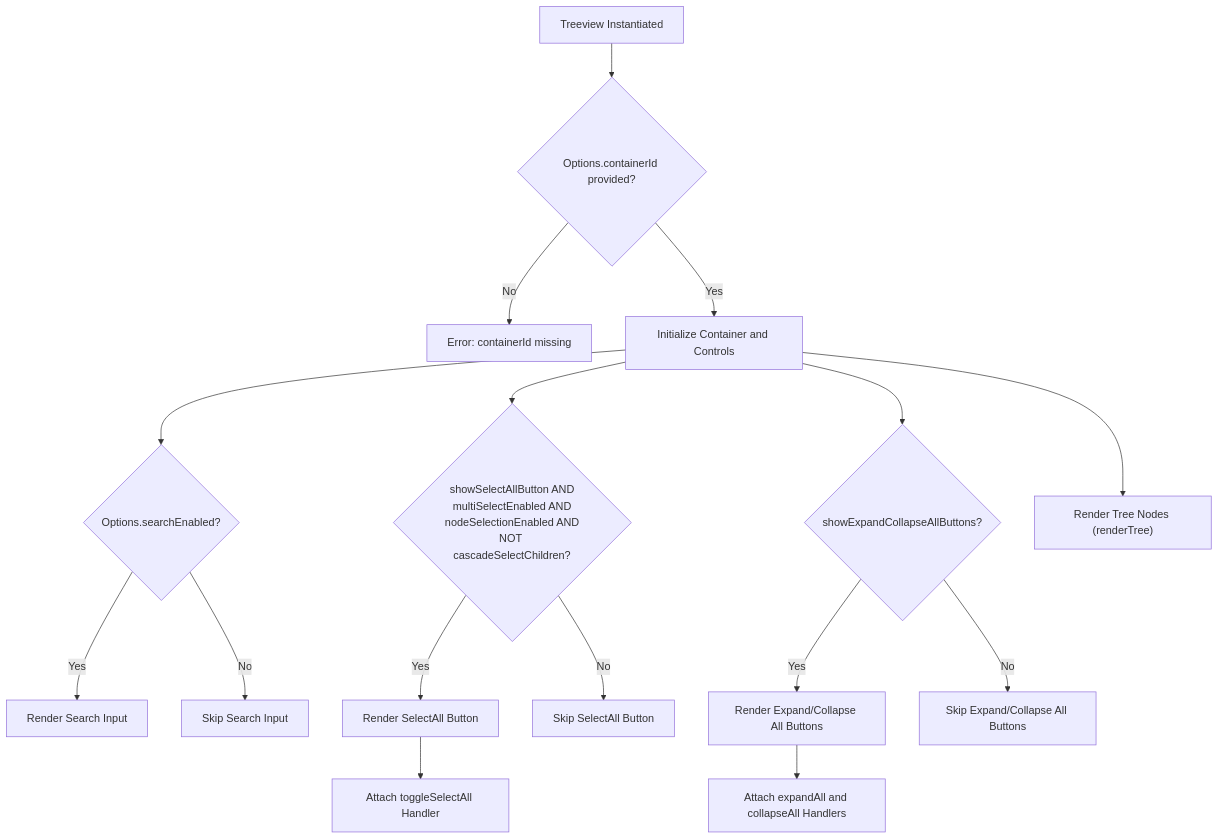
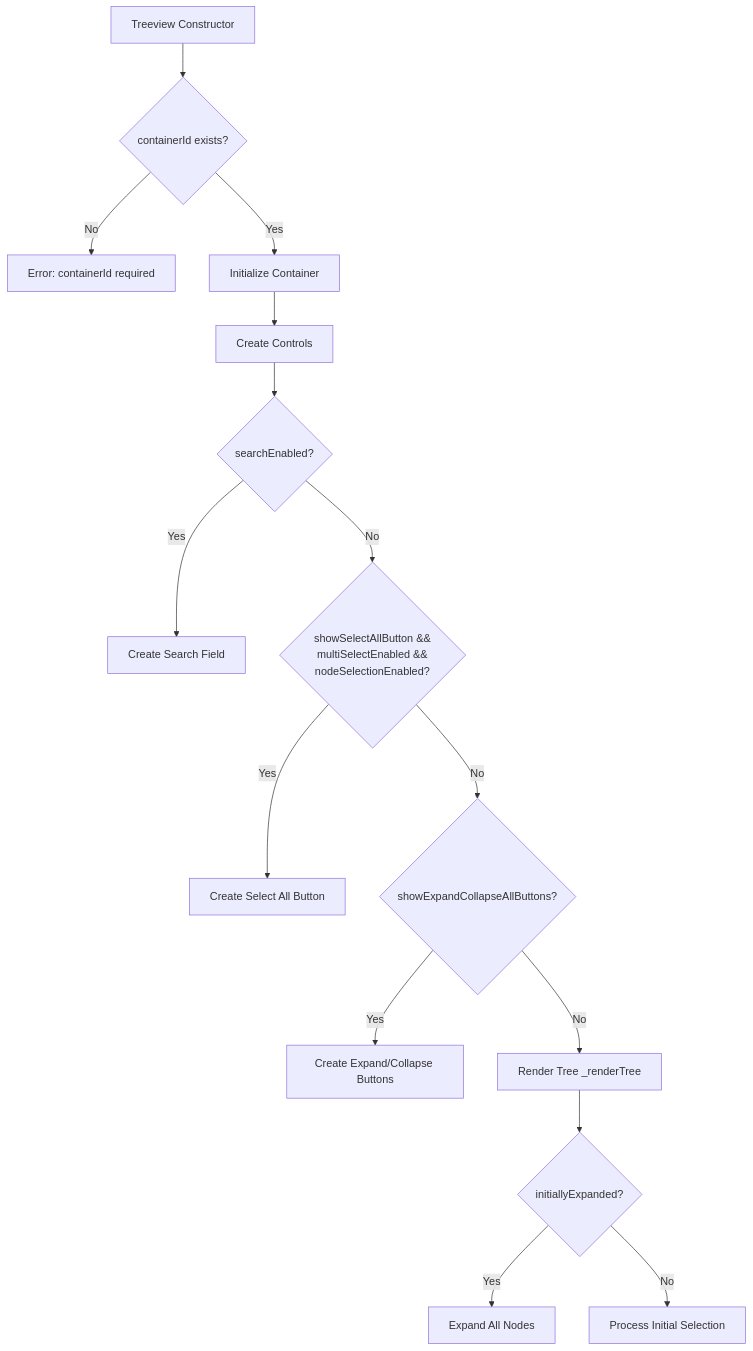
The first of 3 diagrams in README.md (cip91sk/quercus.js), drawn with Mermaid before and after one commit. The commit also changed other lines of this file, not shown here.

Commit message:
update mermaid

````diff
--- a/README.md
+++ b/README.md
@@ -332,19 +333,25 @@
 ```mermaid
 graph TD
-    A[Treeview Instantiated] --> B{Options.containerId provided?}
-    B -- No --> A_FAIL[Error: containerId missing]
-    B -- Yes --> C[Initialize Container and Controls]
-    C --> D{Options.searchEnabled?}
-    D -- Yes --> D1[Render Search Input]
-    D -- No --> D2[Skip Search Input]
-    C --> E{showSelectAllButton AND<br>multiSelectEnabled AND<br>nodeSelectionEnabled AND<br>NOT cascadeSelectChildren?}
-    E -- Yes --> E1[Render SelectAll Button]
-    E1 --> E_HANDLER[Attach toggleSelectAll Handler]
-    E -- No --> E2[Skip SelectAll Button]
-    C --> F{showExpandCollapseAllButtons?}
-    F -- Yes --> F1[Render Expand/Collapse All Buttons]
-    F1 --> F_HANDLER[Attach expandAll and collapseAll Handlers]
-    F -- No --> F2[Skip Expand/Collapse All Buttons]
-    C --> G["Render Tree Nodes (renderTree)"]
+    A[Treeview Constructor] --> B{containerId exists?}
+    B -- No --> B_ERR[Error: containerId required]
+    B -- Yes --> C[Initialize Container]
+    C --> D[Create Controls]
+    
+    D --> E1{searchEnabled?}
+    E1 -- Yes --> E2[Create Search Field]
+    E1 -- No --> F1
+    
+    F1{showSelectAllButton &&<br>multiSelectEnabled &&<br>nodeSelectionEnabled?}
+    F1 -- Yes --> F2[Create Select All Button]
+    F1 -- No --> G1
+    
+    G1{showExpandCollapseAllButtons?}
+    G1 -- Yes --> G2[Create Expand/Collapse Buttons]
+    G1 -- No --> H
+    
+    H[Render Tree _renderTree]
+    H --> I{initiallyExpanded?}
+    I -- Yes --> J[Expand All Nodes]
+    I -- No --> K[Process Initial Selection]
 
 ```
````
